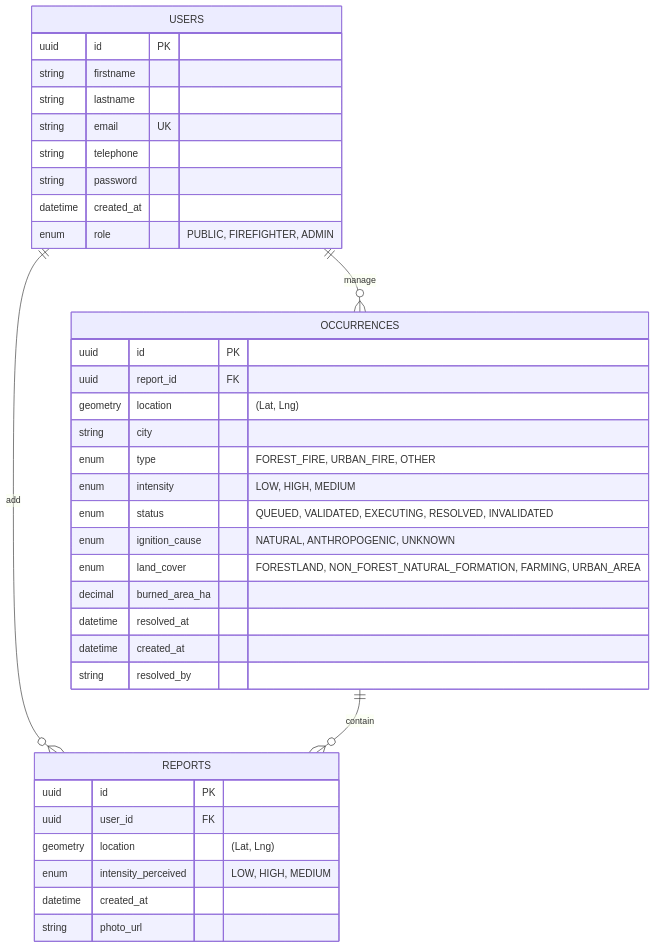
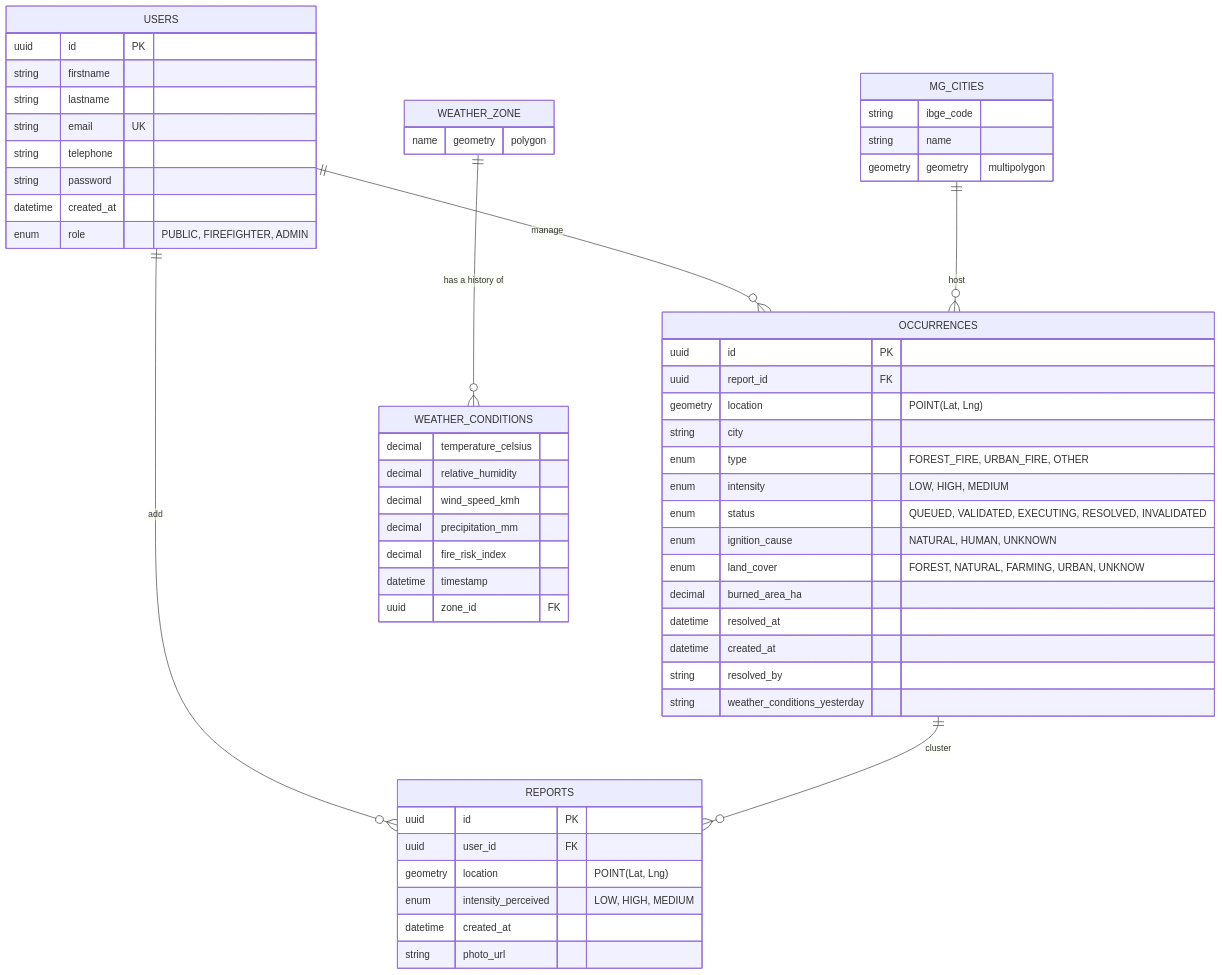
Before and after one commit to zetta-lab-fire-control/fire-control-api: the diagram in docs/schema.md, drawn with Mermaid. The commit also changed other lines of this file, not shown here.

Commit message:
docs: add new features to model occurrence based on external databases

````diff
--- a/docs/schema.md
+++ b/docs/schema.md
@@ -9,45 +12,71 @@
 ```mermaid
 erDiagram
 
     USERS {
         uuid id PK
         string firstname
         string lastname
         string email UK
         string telephone
         string password
         datetime created_at
         enum role "PUBLIC, FIREFIGHTER, ADMIN"
 
     }
 
     OCCURRENCES {
         uuid id PK
         uuid report_id FK
-        geometry location "(Lat, Lng)"
+        geometry location "POINT(Lat, Lng)"
         string city
         enum type "FOREST_FIRE, URBAN_FIRE, OTHER"
         enum intensity "LOW, HIGH, MEDIUM"
         enum status "QUEUED, VALIDATED, EXECUTING, RESOLVED, INVALIDATED"
-        enum ignition_cause "NATURAL, ANTHROPOGENIC, UNKNOWN"
-        enum land_cover "FORESTLAND, NON_FOREST_NATURAL_FORMATION, FARMING, URBAN_AREA"
+        enum ignition_cause "NATURAL, HUMAN, UNKNOWN"
+        enum land_cover "FOREST, NATURAL, FARMING, URBAN, UNKNOW"
         decimal burned_area_ha
         datetime resolved_at
         datetime created_at
         string resolved_by
+        string weather_conditions_yesterday
     }
 
     REPORTS {
         uuid id PK
         uuid user_id FK
-        geometry location "(Lat, Lng)"
+        geometry location "POINT(Lat, Lng)"
         enum intensity_perceived "LOW, HIGH, MEDIUM"
         datetime created_at
         string photo_url
     }
 
+    MG_CITIES {
+        string ibge_code
+        string name
+        geometry geometry "multipolygon"
+    }
+
+    WEATHER_ZONE {
+        name
+        geometry "polygon"
+    }
+
+    WEATHER_CONDITIONS {
+        decimal temperature_celsius
+        decimal relative_humidity
+        decimal wind_speed_kmh
+        decimal precipitation_mm
+        decimal fire_risk_index
+        datetime timestamp
+        uuid zone_id FK
+    }
+
+
     %% Relacionamentos
     USERS ||--o{ REPORTS : "add"
     USERS ||--o{ OCCURRENCES : "manage"
-    OCCURRENCES ||--o{ REPORTS : "contain"
+    OCCURRENCES ||--o{ REPORTS : "cluster"
+    MG_CITIES ||--o{ OCCURRENCES : "host"
+    WEATHER_ZONE ||--o{ WEATHER_CONDITIONS : "has a history of"
+
 ```
````
